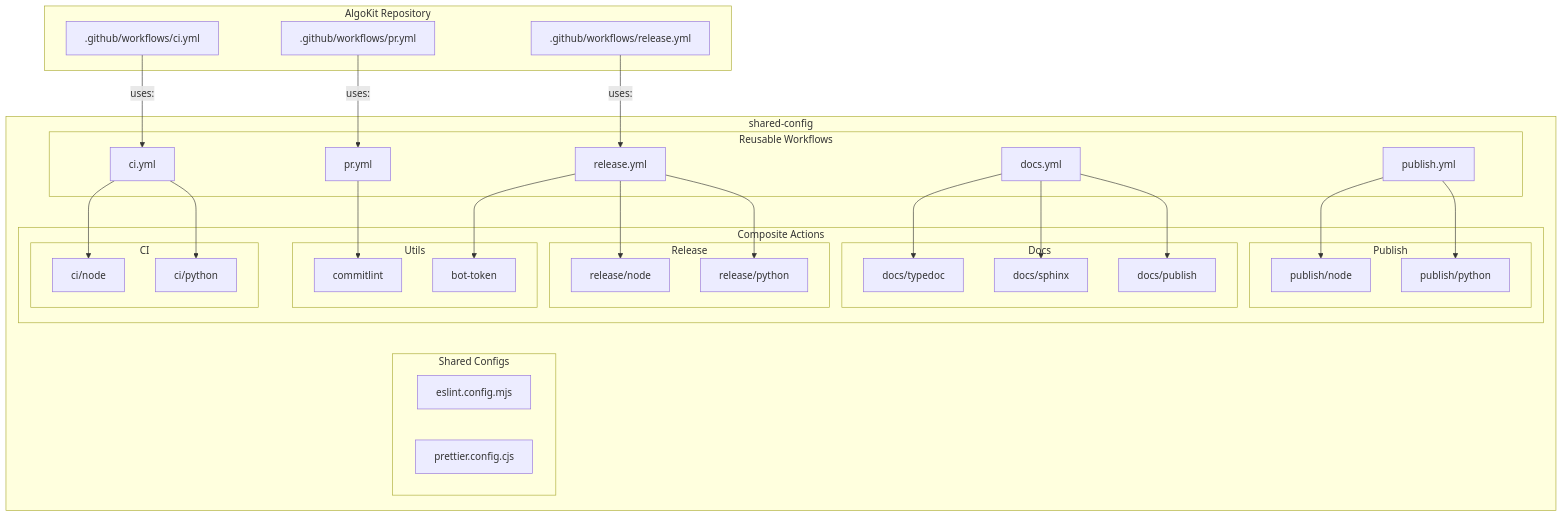
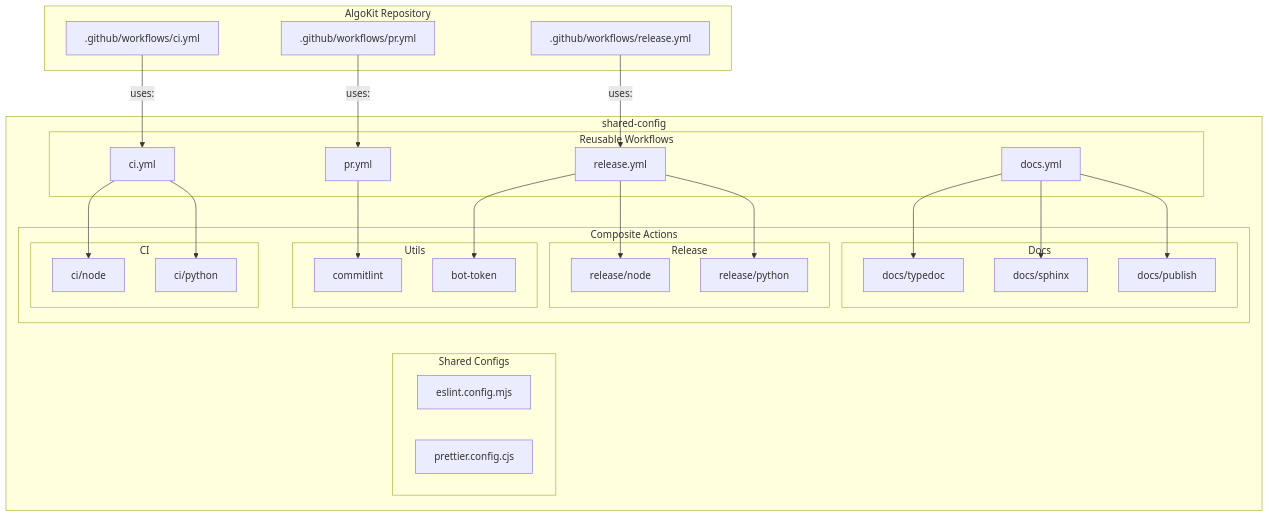
The diagram in slides/slides/05-architecture-overview.md (mrcointreau/shared-config), drawn with Mermaid before and after one commit. The commit also changed other lines of this file and 99 other files, not shown here.

````diff
--- a/slides/slides/05-architecture-overview.md
+++ b/slides/slides/05-architecture-overview.md
@@ -9,59 +9,52 @@
 ```mermaid {scale: 0.39}
 flowchart TB
     subgraph shared-config["shared-config"]
         subgraph workflows["Reusable Workflows"]
             CI[ci.yml]
             PR[pr.yml]
             Release[release.yml]
             Docs[docs.yml]
-            Publish[publish.yml]
         end
         subgraph actions["Composite Actions"]
             subgraph ci-actions["CI"]
                 CINode[ci/node]
                 CIPython[ci/python]
             end
             subgraph rel-actions["Release"]
                 RelNode[release/node]
                 RelPython[release/python]
-            end
-            subgraph pub-actions["Publish"]
-                PubNode[publish/node]
-                PubPython[publish/python]
             end
             subgraph doc-actions["Docs"]
                 DocsTypedoc[docs/typedoc]
                 DocsSphinx[docs/sphinx]
                 DocsPublish[docs/publish]
             end
             subgraph util-actions["Utils"]
                 BotToken[bot-token]
                 Commitlint[commitlint]
             end
         end
         subgraph configs["Shared Configs"]
             ESLint[eslint.config.mjs]
             Prettier[prettier.config.cjs]
         end
     end
     subgraph yourrepo["AlgoKit Repository"]
         YourCI[.github/workflows/ci.yml]
         YourPR[.github/workflows/pr.yml]
         YourRel[.github/workflows/release.yml]
     end
     YourCI -->|"uses:"| CI
     YourPR -->|"uses:"| PR
     YourRel -->|"uses:"| Release
     CI --> CINode
     CI --> CIPython
     PR --> Commitlint
     Release --> BotToken
     Release --> RelNode
     Release --> RelPython
     Docs --> DocsTypedoc
     Docs --> DocsSphinx
     Docs --> DocsPublish
-    Publish --> PubNode
-    Publish --> PubPython
     actions ~~~ configs
 ```
````
